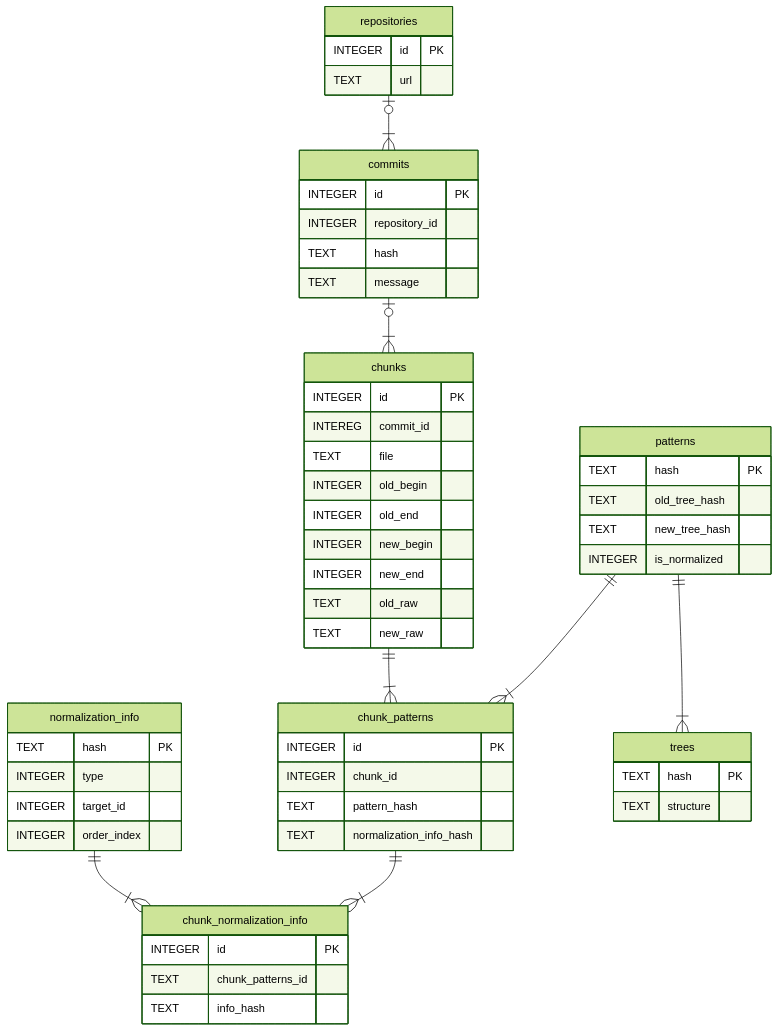
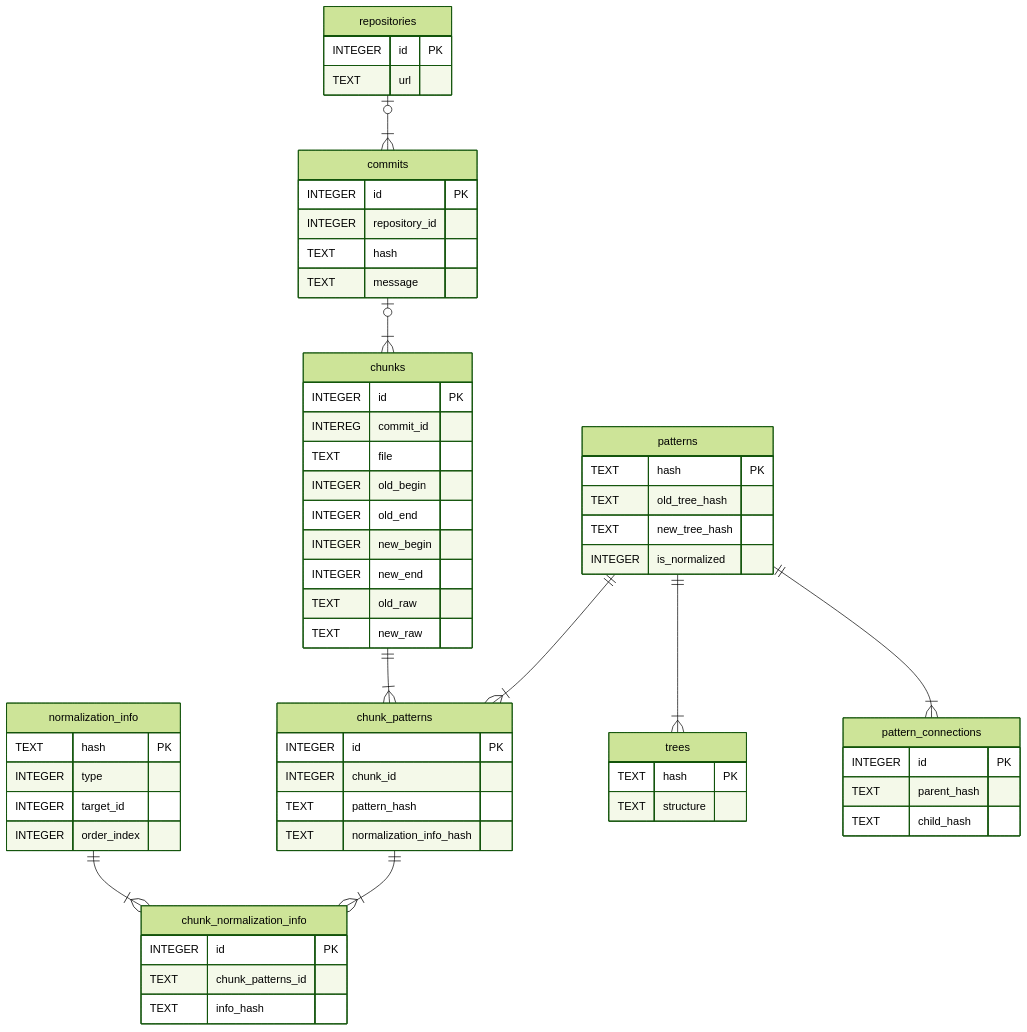
One commit to sabanishi/study changed the diagram in LLMARP/DBメモ.md. Above: the diagram before and after it, drawn with Mermaid (forest theme). The commit also changed 1 other file, not shown here.

Commit message:
ER図更新

````diff
--- a/LLMARP/DBメモ.md
+++ b/LLMARP/DBメモ.md
@@ -4,72 +4,80 @@
 ```mermaid
 erDiagram
 
 repositories |o--|{ commits:""
 commits |o--|{ chunks:""
 
 chunks ||--|{ chunk_patterns: ""
 patterns ||--|{ chunk_patterns:""
 
 normalization_info ||--|{ chunk_normalization_info:""
 chunk_patterns ||--|{ chunk_normalization_info:""
 
 patterns ||--|{ trees :""
+
+patterns ||--|{ pattern_connections :""
 
 
 repositories{
     INTEGER id PK
     TEXT url
 }
 
 commits{
     INTEGER id PK
     INTEGER repository_id
     TEXT hash
     TEXT message
 }
 
 chunks{
     INTEGER id PK
     INTEREG commit_id
     TEXT file
     INTEGER old_begin
     INTEGER old_end
     INTEGER new_begin
     INTEGER new_end
     TEXT old_raw
     TEXT new_raw
 }
 
 patterns{
     TEXT hash PK
     TEXT old_tree_hash
     TEXT new_tree_hash
     INTEGER is_normalized
 }
 
 normalization_info{
     TEXT hash PK
     INTEGER type
     INTEGER target_id
     INTEGER order_index
 }
 
 trees{
     TEXT hash PK
     TEXT structure
 }
 
 chunk_patterns{
     INTEGER id PK
     INTEGER chunk_id
     TEXT pattern_hash
     TEXT normalization_info_hash
 }
 
 chunk_normalization_info{
     INTEGER id PK
     TEXT chunk_patterns_id
     TEXT info_hash
 }
 
+pattern_connections{
+    INTEGER id PK
+    TEXT parent_hash
+    TEXT child_hash
+}
+
 ```
````
